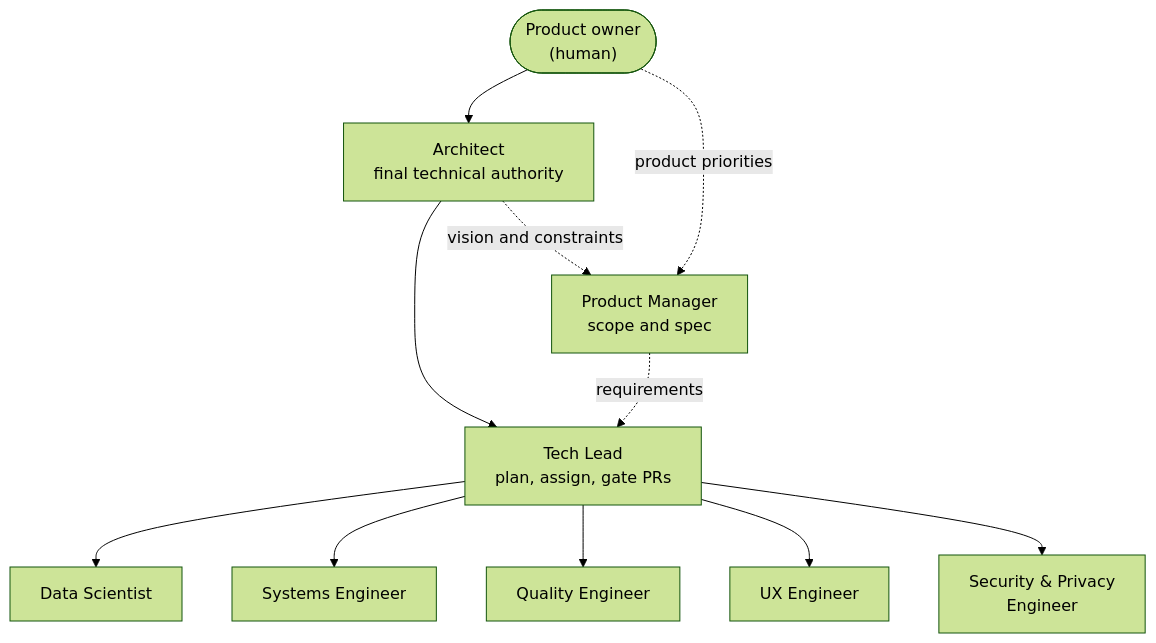
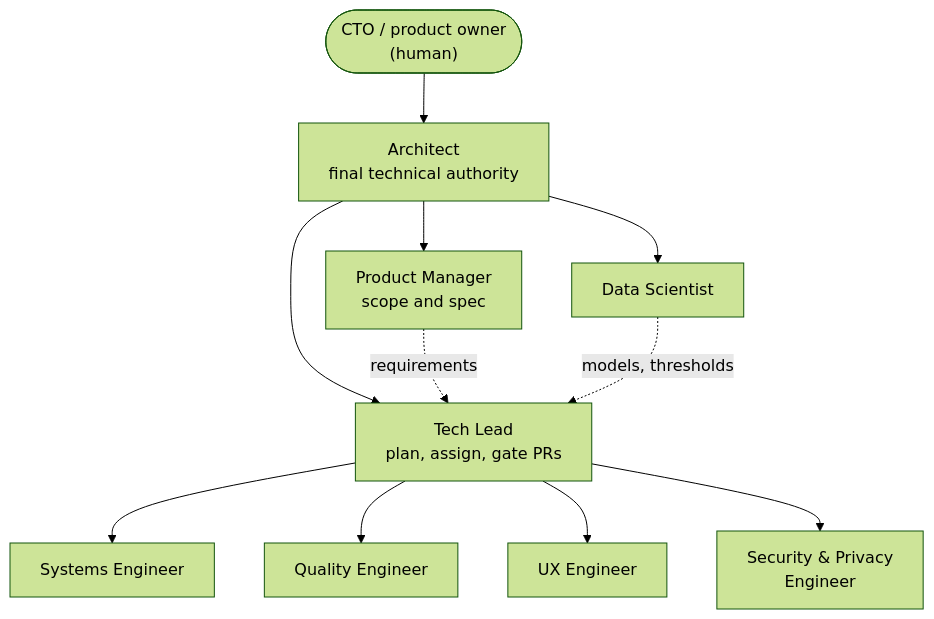
Before and after one commit to dremesch/Smart-Photos: the first of 2 diagrams in docs/team/README.md, drawn with Mermaid (forest theme). The commit also changed other lines of this file and 22 other files, not shown here.

````diff
--- a/docs/team/README.md
+++ b/docs/team/README.md
@@ -9,19 +9,18 @@
 ```mermaid
 flowchart TB
-    owner(["Product owner<br/>(human)"])
+    owner(["CTO / product owner<br/>(human)"])
     arch["Architect<br/>final technical authority"]
     pm["Product Manager<br/>scope and spec"]
     tl["Tech Lead<br/>plan, assign, gate PRs"]
     ds["Data Scientist"]
     sys["Systems Engineer"]
     qe["Quality Engineer"]
     ux["UX Engineer"]
     sec["Security & Privacy<br/>Engineer"]
 
     owner --> arch
-    owner -. "product priorities" .-> pm
-    arch --> tl
-    arch -. "vision and constraints" .-> pm
+    arch --> pm & tl & ds
     pm -. "requirements" .-> tl
-    tl --> ds & sys & qe & ux & sec
+    ds -. "models, thresholds" .-> tl
+    tl --> sys & qe & ux & sec
 ```
````
